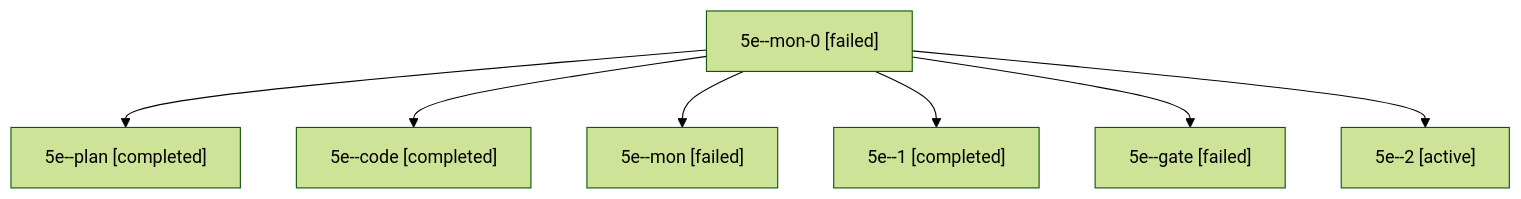
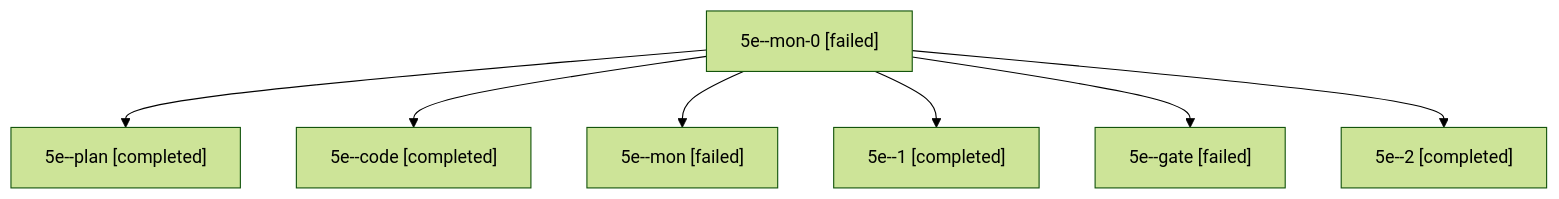
One commit to bobs-org/bob-cli--agents changed the diagram in sessions/bbugyi200.apollo.5e.md. Above: the diagram before and after it, drawn with Mermaid (forest theme). The commit also changed other lines of this file and 29 other files, not shown here.

````diff
--- a/sessions/bbugyi200.apollo.5e.md
+++ b/sessions/bbugyi200.apollo.5e.md
@@ -9,16 +9,16 @@
 ```mermaid
 flowchart TD
   n0["5e--mon-0 [failed]"]
   n1["5e--plan [completed]"]
   n0 --> n1
   n2["5e--code [completed]"]
   n0 --> n2
   n3["5e--mon [failed]"]
   n0 --> n3
   n4["5e--1 [completed]"]
   n0 --> n4
   n5["5e--gate [failed]"]
   n0 --> n5
-  n6["5e--2 [active]"]
+  n6["5e--2 [completed]"]
   n0 --> n6
 ```
````
